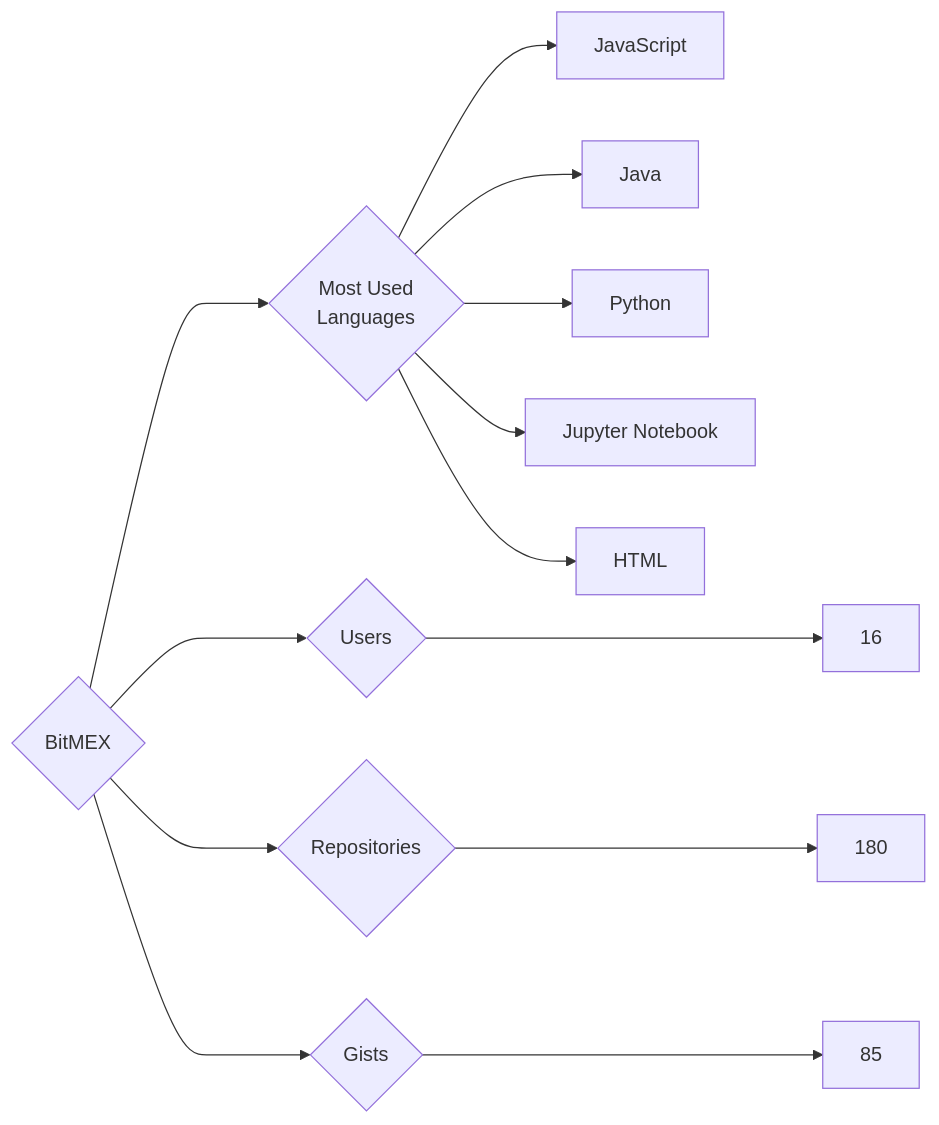
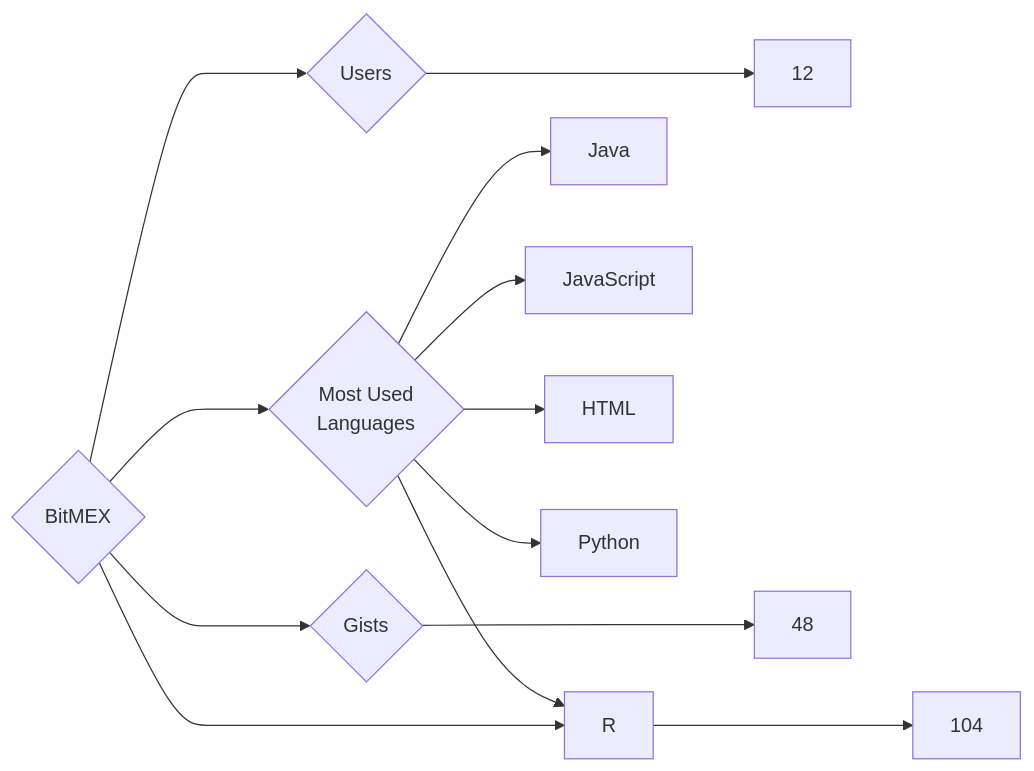
One commit to trickest/insiders changed the diagram in targets/BitMEX/README.md. Above: the diagram before and after it, drawn with Mermaid. The commit also changed 1166 other files, not shown here.

````diff
--- a/targets/BitMEX/README.md
+++ b/targets/BitMEX/README.md
@@ -3,13 +3,13 @@
 ```mermaid
 graph LR
 COMPANY_NAME{BitMEX}
-COMPANY_NAME ---> U{Users} ---> UN[16]
-COMPANY_NAME ---> R{Repositories} ---> RN[180]
-COMPANY_NAME ---> G{Gists} ---> GN[85]
+COMPANY_NAME ---> U{Users} ---> UN[12]
+COMPANY_NAME ---> R{Repositories} ---> RN[104]
+COMPANY_NAME ---> G{Gists} ---> GN[48]
 COMPANY_NAME ---> ML{Most Used<br>Languages}
+ML --> Java[Java]
 ML --> JavaScript[JavaScript]
-ML --> Java[Java]
+ML --> HTML[HTML]
 ML --> Python[Python]
-ML --> Jupyter_Notebook[Jupyter Notebook]
-ML --> HTML[HTML]
+ML --> R[R]
 ```
````
